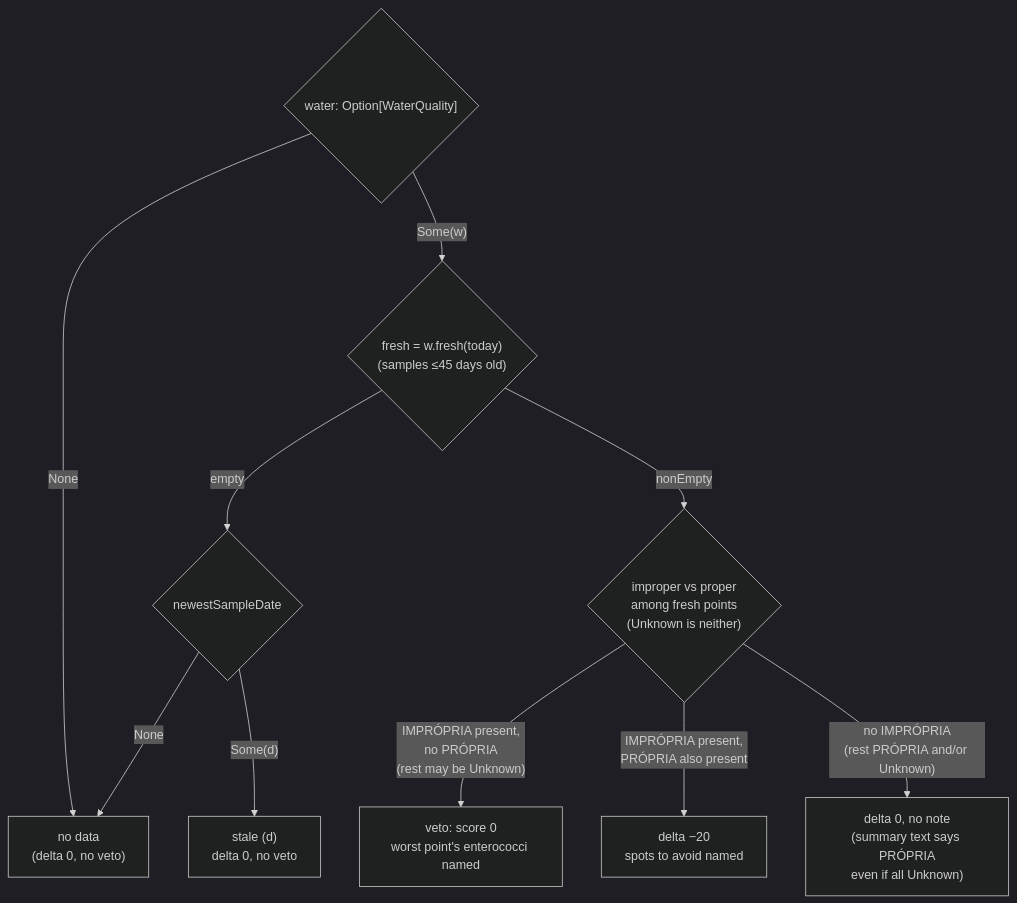
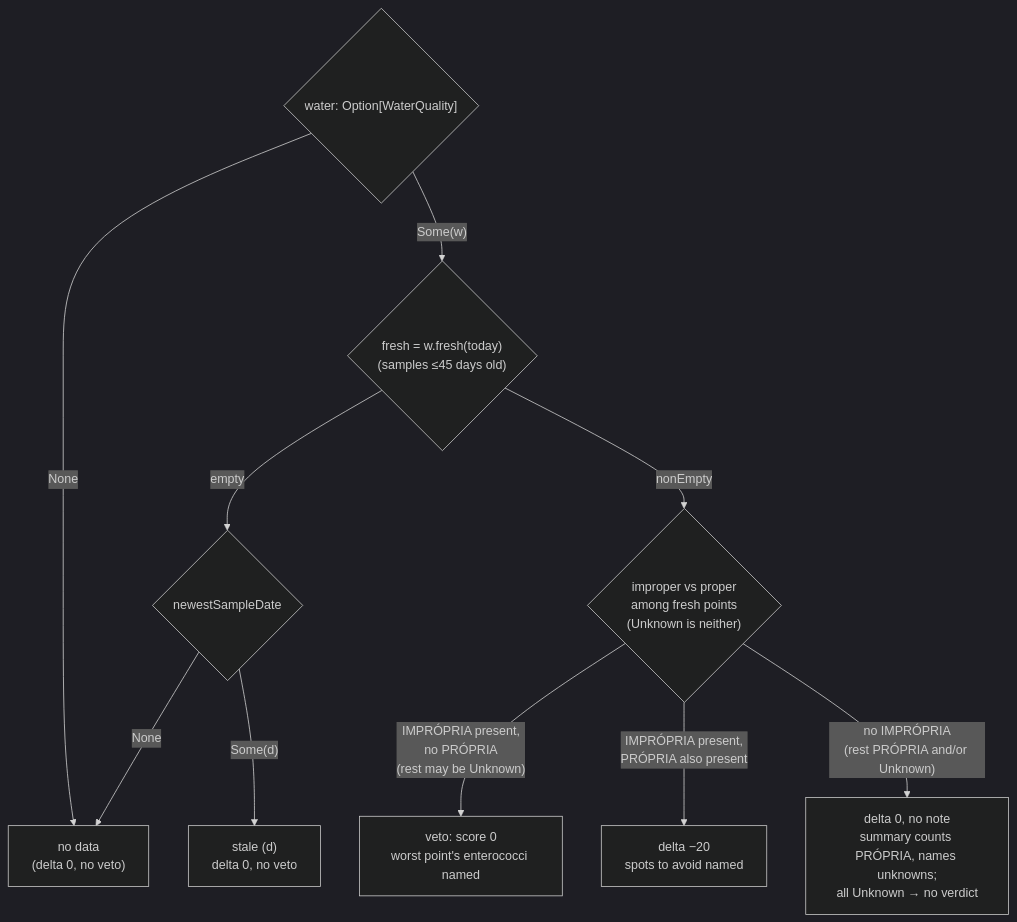
The seventh of 8 diagrams in docs/2-Building-marola/ARCHITECTURE.md (marola-dev/marola-app), drawn with Mermaid (dark theme) before and after one commit. The commit also changed other lines of this file and 2 other files, not shown here.

First line of the commit message:
fix(scoring): unknown water points no longer read as PRÓPRIA (n/n) (#15)

````diff
--- a/docs/2-Building-marola/ARCHITECTURE.md
+++ b/docs/2-Building-marola/ARCHITECTURE.md
@@ -554,13 +557,13 @@
 ```mermaid
 flowchart TD
   W{"water: Option[WaterQuality]"}
   W -->|"None"| NoData["no data<br/>(delta 0, no veto)"]
   W -->|"Some(w)"| Fresh{"fresh = w.fresh(today)<br/>(samples ≤45 days old)"}
   Fresh -->|"empty"| Newest{"newestSampleDate"}
   Newest -->|"None"| NoData
   Newest -->|"Some(d)"| Stale["stale (d)<br/>delta 0, no veto"]
   Fresh -->|"nonEmpty"| Split{"improper vs proper<br/>among fresh points<br/>(Unknown is neither)"}
   Split -->|"IMPRÓPRIA present,<br/>no PRÓPRIA<br/>(rest may be Unknown)"| Veto["veto: score 0<br/>worst point's enterococci named"]
   Split -->|"IMPRÓPRIA present,<br/>PRÓPRIA also present"| Mixed["delta −20<br/>spots to avoid named"]
-  Split -->|"no IMPRÓPRIA<br/>(rest PRÓPRIA and/or Unknown)"| Proper["delta 0, no note<br/>(summary text says PRÓPRIA<br/>even if all Unknown)"]
+  Split -->|"no IMPRÓPRIA<br/>(rest PRÓPRIA and/or Unknown)"| Proper["delta 0, no note<br/>summary counts PRÓPRIA, names unknowns;<br/>all Unknown → no verdict"]
 ```
````
